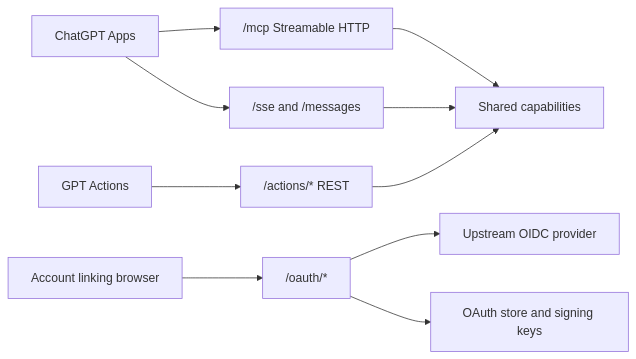
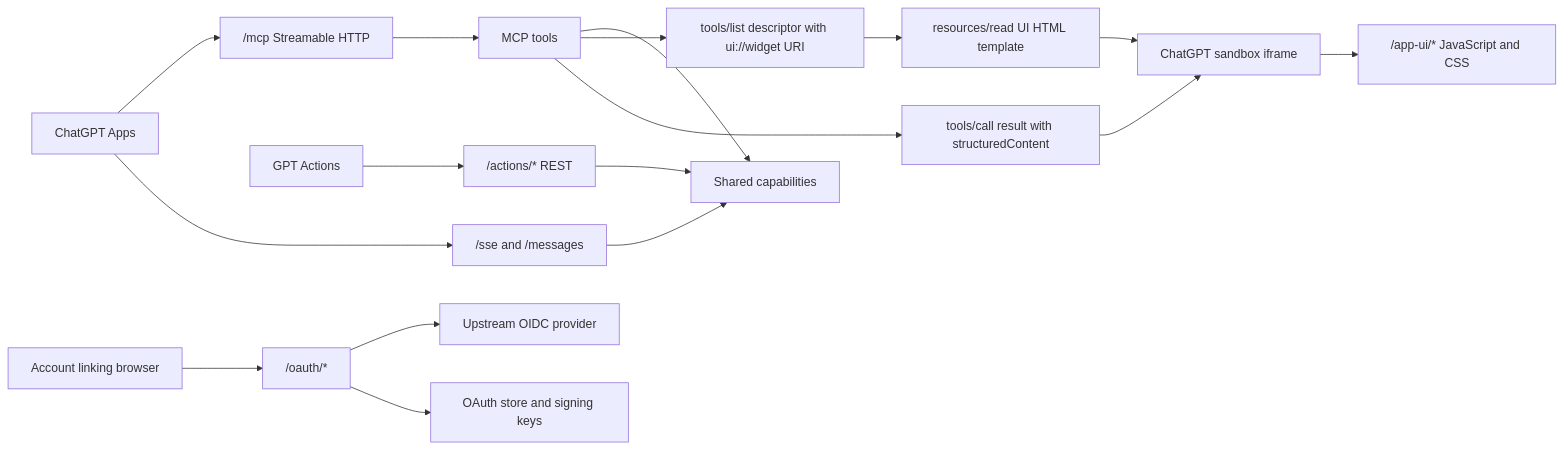
Before and after one commit to jmillpps/encore-mcp-base: the diagram in README.md, drawn with Mermaid. The commit also changed other lines of this file and 7 other files, not shown here.

Commit message:
Document MCP widget framework runtime shape

````diff
--- a/README.md
+++ b/README.md
@@ -45,12 +45,19 @@
 ```mermaid
 flowchart LR
   Apps["ChatGPT Apps"] --> Mcp["/mcp Streamable HTTP"]
   Apps --> Sse["/sse and /messages"]
   Actions["GPT Actions"] --> Rest["/actions/* REST"]
   Browser["Account linking browser"] --> OAuth["/oauth/*"]
   OAuth --> Idp["Upstream OIDC provider"]
-  Mcp --> Capabilities["Shared capabilities"]
+  Mcp --> Tools["MCP tools"]
+  Tools --> Capabilities["Shared capabilities"]
+  Tools --> ToolDescriptor["tools/list descriptor with ui://widget URI"]
+  Tools --> ToolResult["tools/call result with structuredContent"]
+  ToolDescriptor --> UiResources["resources/read UI HTML template"]
+  ToolResult --> Iframe["ChatGPT sandbox iframe"]
+  UiResources --> Iframe
+  Iframe --> WidgetAssets["/app-ui/* JavaScript and CSS"]
   Sse --> Capabilities
   Rest --> Capabilities
   OAuth --> Store["OAuth store and signing keys"]
 ```
````
